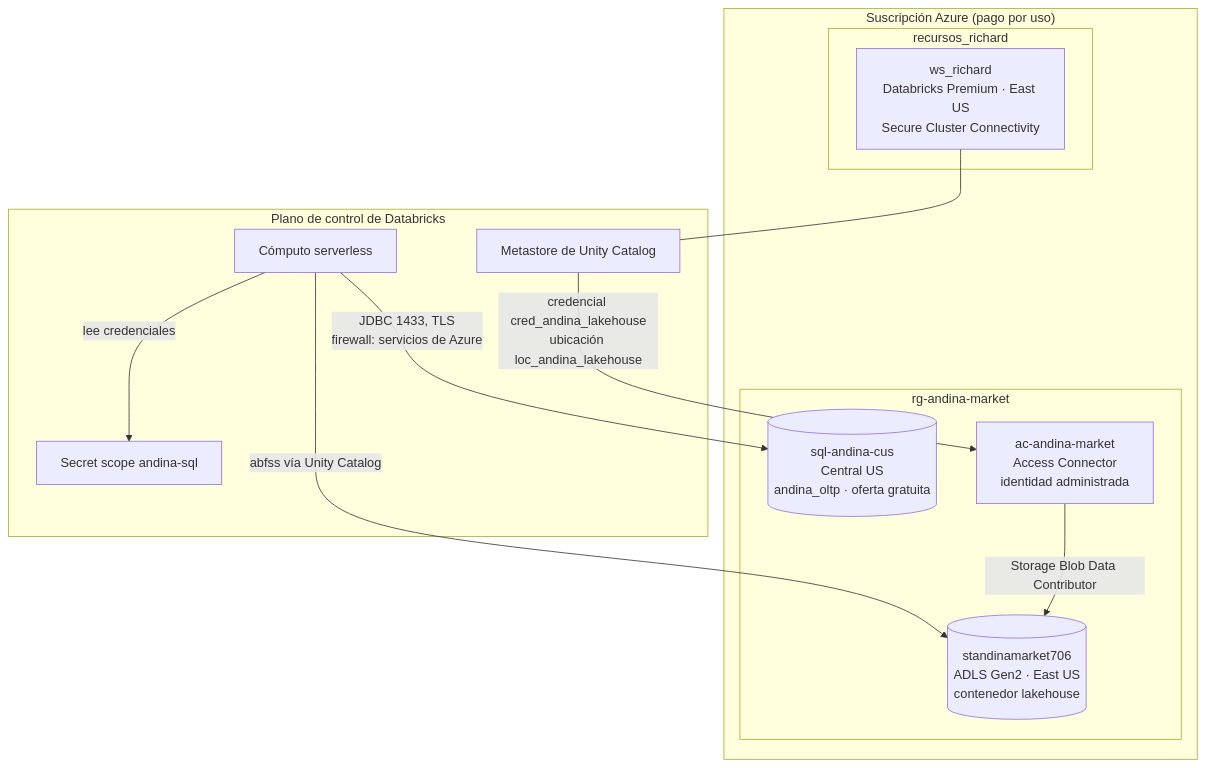
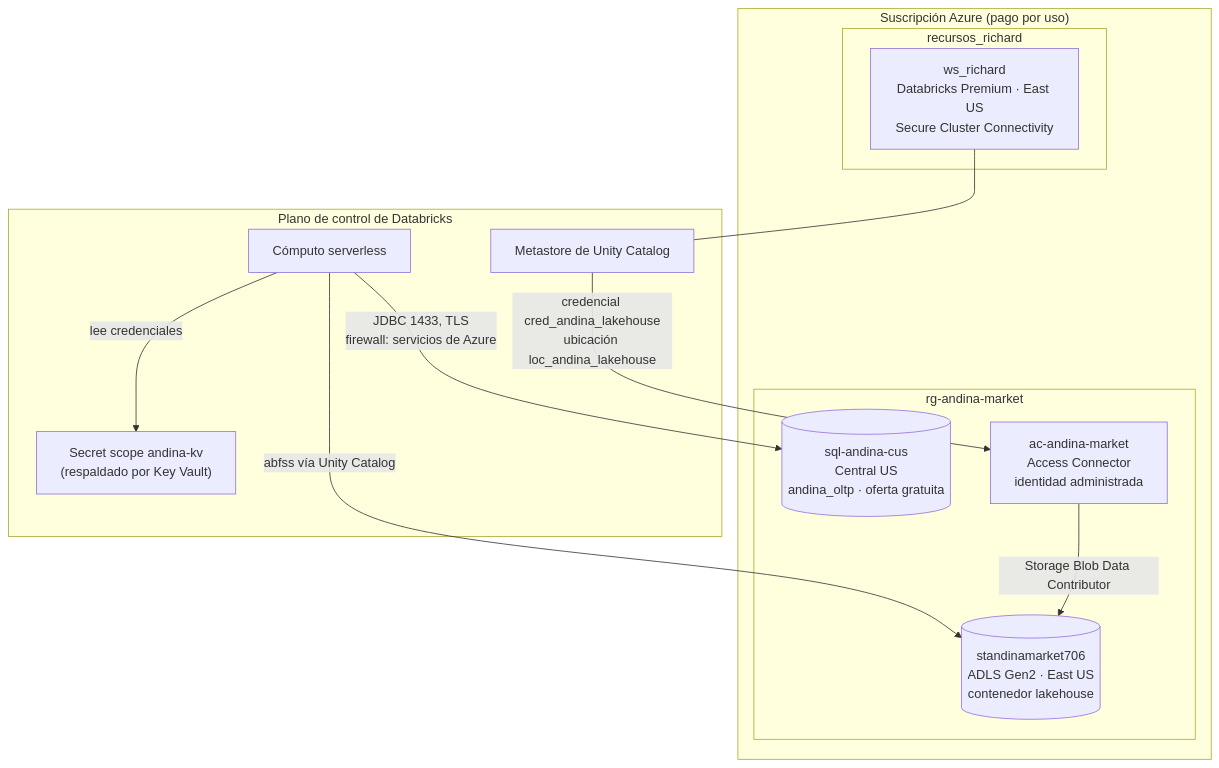
One commit to richardyony/andina-market changed the third of 3 diagrams in docs/arquitectura.md. Above: the diagram before and after it, drawn with Mermaid. The commit also changed other lines of this file and 13 other files, not shown here.

````diff
--- a/docs/arquitectura.md
+++ b/docs/arquitectura.md
@@ -104,24 +104,24 @@
 ```mermaid
 flowchart TB
     subgraph SUB["Suscripción Azure (pago por uso)"]
         subgraph RG1["rg-andina-market"]
             SQLS[("sql-andina-cus<br/>Central US<br/>andina_oltp · oferta gratuita")]
             ST[("standinamarket706<br/>ADLS Gen2 · East US<br/>contenedor lakehouse")]
             AC["ac-andina-market<br/>Access Connector<br/>identidad administrada"]
         end
         subgraph RG2["recursos_richard"]
             WS["ws_richard<br/>Databricks Premium · East US<br/>Secure Cluster Connectivity"]
         end
     end
     subgraph DBX["Plano de control de Databricks"]
         MS["Metastore de Unity Catalog"]
-        SEC["Secret scope andina-sql"]
+        SEC["Secret scope andina-kv<br/>(respaldado por Key Vault)"]
         SRV["Cómputo serverless"]
     end
     AC -->|Storage Blob Data Contributor| ST
     MS -->|credencial cred_andina_lakehouse<br/>ubicación loc_andina_lakehouse| AC
     WS --- MS
     SRV -->|JDBC 1433, TLS<br/>firewall: servicios de Azure| SQLS
     SRV -->|lee credenciales| SEC
     SRV -->|abfss vía Unity Catalog| ST
 ```
````
